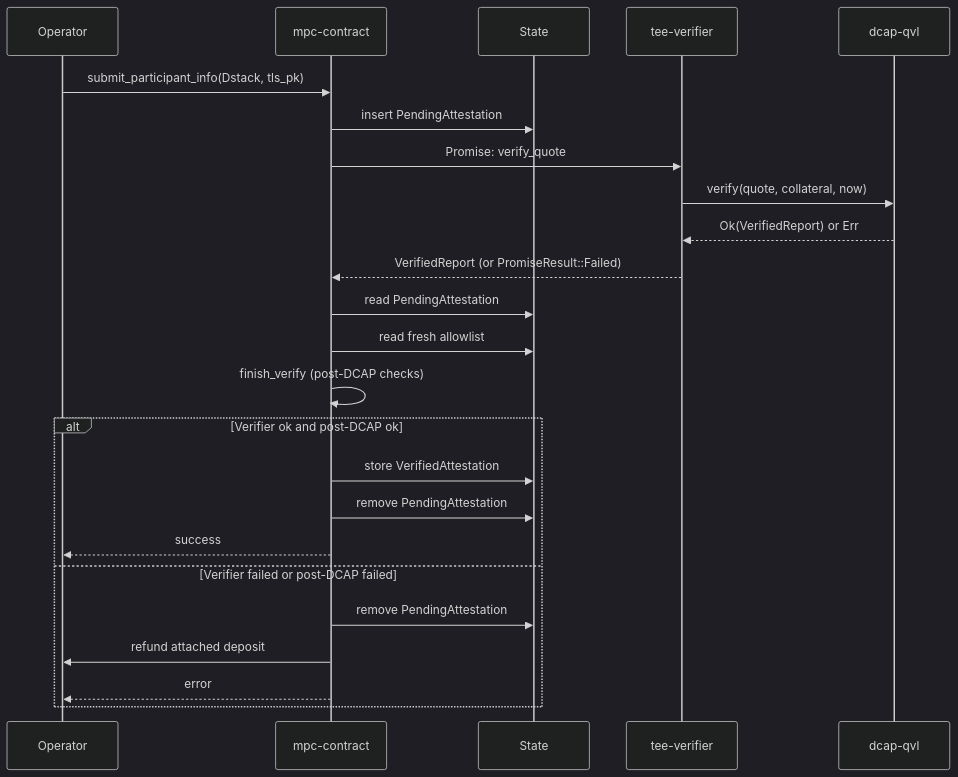
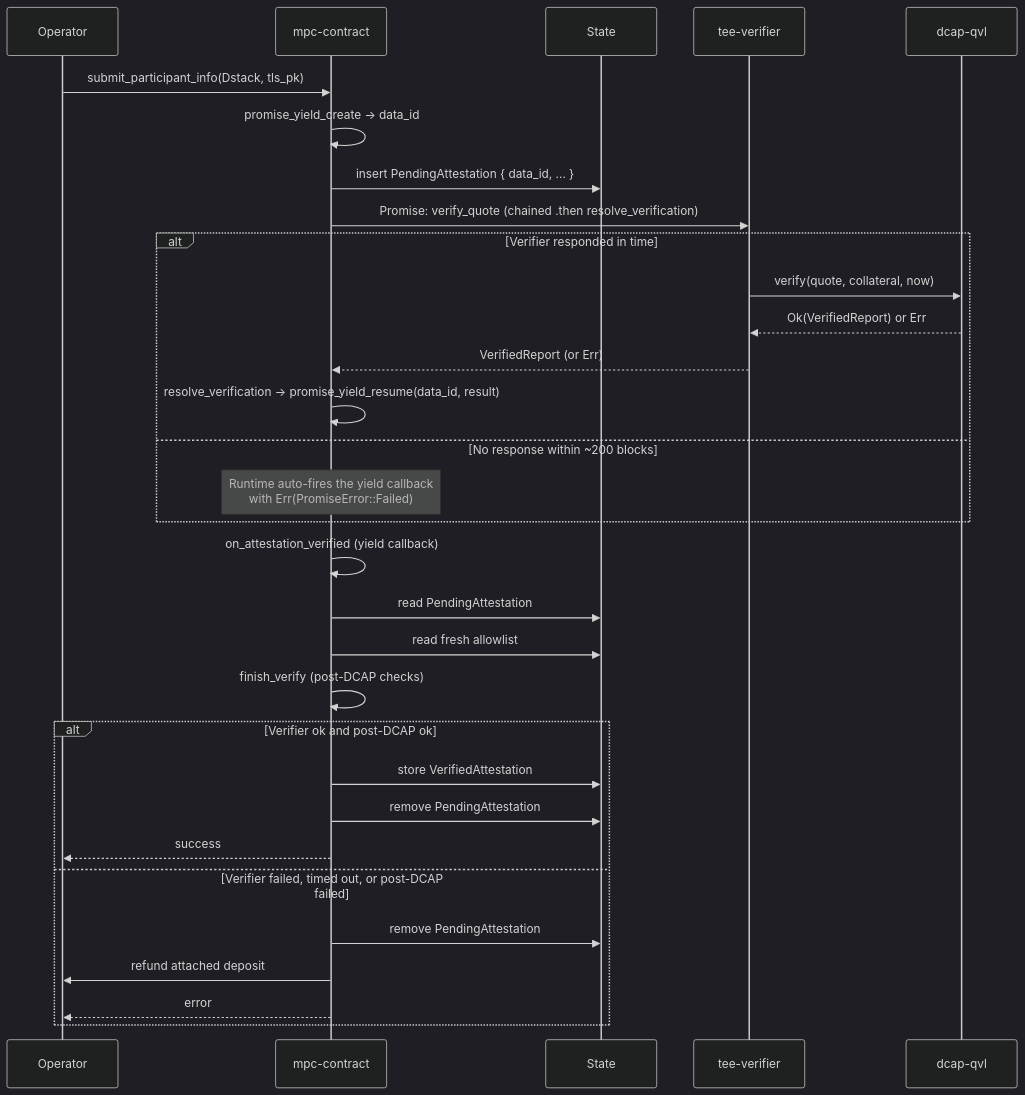
Before and after one commit to near/mpc: the third of 6 diagrams in docs/design/attestation-verifier-contract.md, drawn with Mermaid (dark theme). The commit also changed other lines of this file, not shown here.

First line of the commit message:
docs(design): switch submission flow to yield-resume

````diff
--- a/docs/design/attestation-verifier-contract.md
+++ b/docs/design/attestation-verifier-contract.md
@@ -68,30 +68,37 @@
 ```mermaid
 sequenceDiagram
     participant Op as Operator
     participant MPC as mpc-contract
     participant State as State
     participant Ver as tee-verifier
     participant DCAP as dcap-qvl
 
     Op->>MPC: submit_participant_info(Dstack, tls_pk)
-    MPC->>State: insert PendingAttestation
-    MPC->>Ver: Promise: verify_quote
+    MPC->>MPC: promise_yield_create → data_id
+    MPC->>State: insert PendingAttestation { data_id, ... }
+    MPC->>Ver: Promise: verify_quote (chained .then resolve_verification)
 
-    Ver->>DCAP: verify(quote, collateral, now)
-    DCAP-->>Ver: Ok(VerifiedReport) or Err
-    Ver-->>MPC: VerifiedReport (or PromiseResult::Failed)
+    alt Verifier responded in time
+        Ver->>DCAP: verify(quote, collateral, now)
+        DCAP-->>Ver: Ok(VerifiedReport) or Err
+        Ver-->>MPC: VerifiedReport (or Err)
+        MPC->>MPC: resolve_verification → promise_yield_resume(data_id, result)
+    else No response within ~200 blocks
+        Note over MPC: Runtime auto-fires the yield callback<br/>with Err(PromiseError::Failed)
+    end
 
+    MPC->>MPC: on_attestation_verified (yield callback)
     MPC->>State: read PendingAttestation
     MPC->>State: read fresh allowlist
     MPC->>MPC: finish_verify (post-DCAP checks)
 
     alt Verifier ok and post-DCAP ok
         MPC->>State: store VerifiedAttestation
         MPC->>State: remove PendingAttestation
         MPC-->>Op: success
-    else Verifier failed or post-DCAP failed
+    else Verifier failed, timed out, or post-DCAP failed
         MPC->>State: remove PendingAttestation
         MPC->>Op: refund attached deposit
         MPC-->>Op: error
     end
 ```
````
